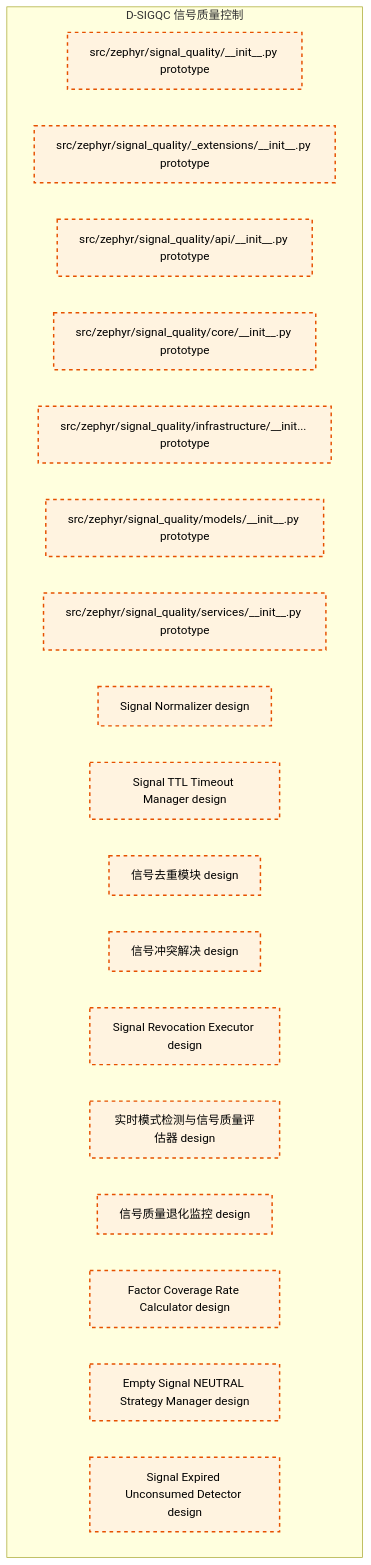
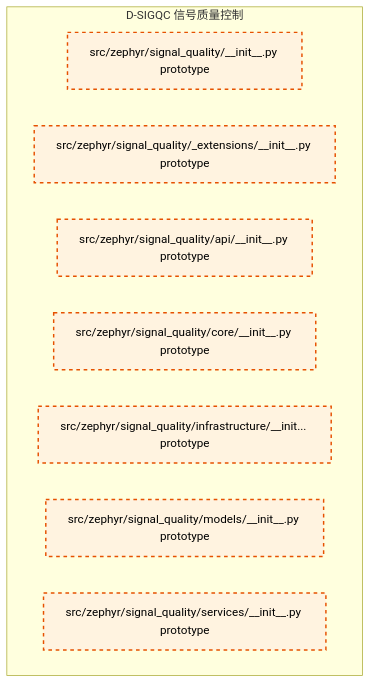
Before and after one commit to xuanFelixVan/ZephyrAlpha: the diagram in docs/02_enterprise_architecture/02_domain_architecture_docs/50_d_sigqc.md, drawn with Mermaid. The commit also changed other lines of this file and 4786 other files, not shown here.

````diff
--- a/docs/02_enterprise_architecture/02_domain_architecture_docs/50_d_sigqc.md
+++ b/docs/02_enterprise_architecture/02_domain_architecture_docs/50_d_sigqc.md
@@ -71,27 +61,17 @@
 ```mermaid
 graph TD
     subgraph D_SIGQC["D-SIGQC 信号质量控制"]
         src_zephyr_signal_quality_init_py["src/zephyr/signal_quality/__init__.py prototype"]
         src_zephyr_signal_quality_extensions_init_py["src/zephyr/signal_quality/_extensions/__init__.py prototype"]
         src_zephyr_signal_quality_api_init_py["src/zephyr/signal_quality/api/__init__.py prototype"]
         src_zephyr_signal_quality_core_init_py["src/zephyr/signal_quality/core/__init__.py prototype"]
         src_zephyr_signal_quality_infrastructure_init_py["src/zephyr/signal_quality/infrastructure/__init... prototype"]
         src_zephyr_signal_quality_models_init_py["src/zephyr/signal_quality/models/__init__.py prototype"]
         src_zephyr_signal_quality_services_init_py["src/zephyr/signal_quality/services/__init__.py prototype"]
-        D_SIGNAL_69["Signal Normalizer design"]
-        D_SIGNAL_71["Signal TTL Timeout Manager design"]
-        D_SIGNAL_130["信号去重模块 design"]
-        D_SIGNAL_132["信号冲突解决 design"]
-        D_SIGNAL_92["Signal Revocation Executor design"]
-        D_SIGNAL_118["实时模式检测与信号质量评估器 design"]
-        D_SIGNAL_156["信号质量退化监控 design"]
-        D_SIGNAL_77["Factor Coverage Rate Calculator design"]
-        D_SIGNAL_81["Empty Signal NEUTRAL Strategy Manager design"]
-        D_SIGNAL_83["Signal Expired Unconsumed Detector design"]
     end
     classDef production fill:#e1f5fe,stroke:#01579b,stroke-width:2px,color:#000
     classDef design fill:#fff3e0,stroke:#e65100,stroke-width:2px,color:#000,stroke-dasharray: 5 5
     classDef external_prod fill:#e8f5e9,stroke:#1b5e20,stroke-width:1px,color:#000
     classDef external_design fill:#fce4ec,stroke:#880e4f,stroke-width:1px,color:#000,stroke-dasharray: 5 5
-    class src_zephyr_signal_quality_init_py,src_zephyr_signal_quality_extensions_init_py,src_zephyr_signal_quality_api_init_py,src_zephyr_signal_quality_core_init_py,src_zephyr_signal_quality_infrastructure_init_py,src_zephyr_signal_quality_models_init_py,src_zephyr_signal_quality_services_init_py,D_SIGNAL_69,D_SIGNAL_71,D_SIGNAL_130,D_SIGNAL_132,D_SIGNAL_92,D_SIGNAL_118,D_SIGNAL_156,D_SIGNAL_77,D_SIGNAL_81,D_SIGNAL_83 design
+    class src_zephyr_signal_quality_init_py,src_zephyr_signal_quality_extensions_init_py,src_zephyr_signal_quality_api_init_py,src_zephyr_signal_quality_core_init_py,src_zephyr_signal_quality_infrastructure_init_py,src_zephyr_signal_quality_models_init_py,src_zephyr_signal_quality_services_init_py design
 ```
````
